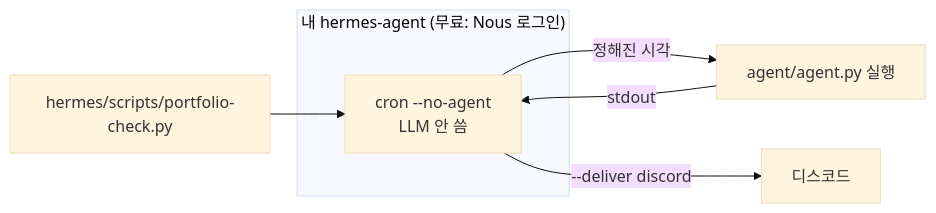
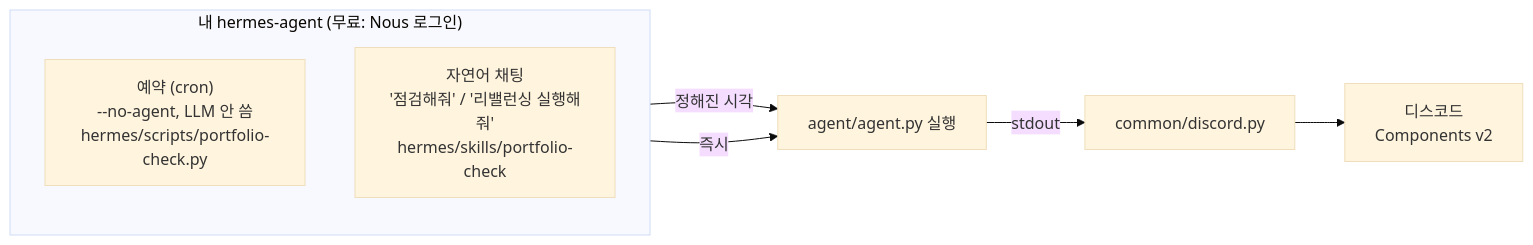
One commit to JungHoonGhae/thecamp-aitrading changed the third of 3 diagrams in lessons/참고/아키텍처.md. Above: the diagram before and after it, drawn with Mermaid (base theme). The commit also changed other lines of this file, not shown here.

Commit message:
docs: 아키텍처 다이어그램에 자연어 스킬 트리거 경로 추가
hermes cron(예약)만 그려져 있었는데, 오늘 커밋된 hermes/skills/portfolio-check
(자연어 채팅 트리거)도 학생이 실제로 쓸 수 있는 경로라 빠져 있었다.
"자동화" 다이어그램을 예약/채팅 두 트리거가 같은 agent.py·discord.py로
합류하는 구조로 다시 그리고, discord.py 가 이제 Components v2 라는 것도
데이터 흐름 다이어그램에 반영.

Claude-Session: https://claude.ai/code/session_01WZM9i3vvqHLiEjXrY7kPPn

````diff
--- a/lessons/참고/아키텍처.md
+++ b/lessons/참고/아키텍처.md
@@ -35,10 +35,12 @@
 ```mermaid
 flowchart LR
     subgraph 내_hermes["내 hermes-agent (무료: Nous 로그인)"]
-      CRON["cron --no-agent<br/>LLM 안 씀"]
+      direction TB
+      CRON["예약 (cron)<br/>--no-agent, LLM 안 씀<br/>hermes/scripts/portfolio-check.py"]
+      CHAT["자연어 채팅<br/>'점검해줘' / '리밸런싱 실행해줘'<br/>hermes/skills/portfolio-check"]
     end
-    SC[hermes/scripts/portfolio-check.py] --> CRON
     CRON -->|정해진 시각| RUN[agent/agent.py 실행]
-    RUN -->|stdout| CRON
-    CRON -->|--deliver discord| DISCORD[디스코드]
+    CHAT -->|즉시| RUN
+    RUN -->|stdout| DC[common/discord.py]
+    DC --> DISCORD[디스코드<br/>Components v2]
 ```
````
